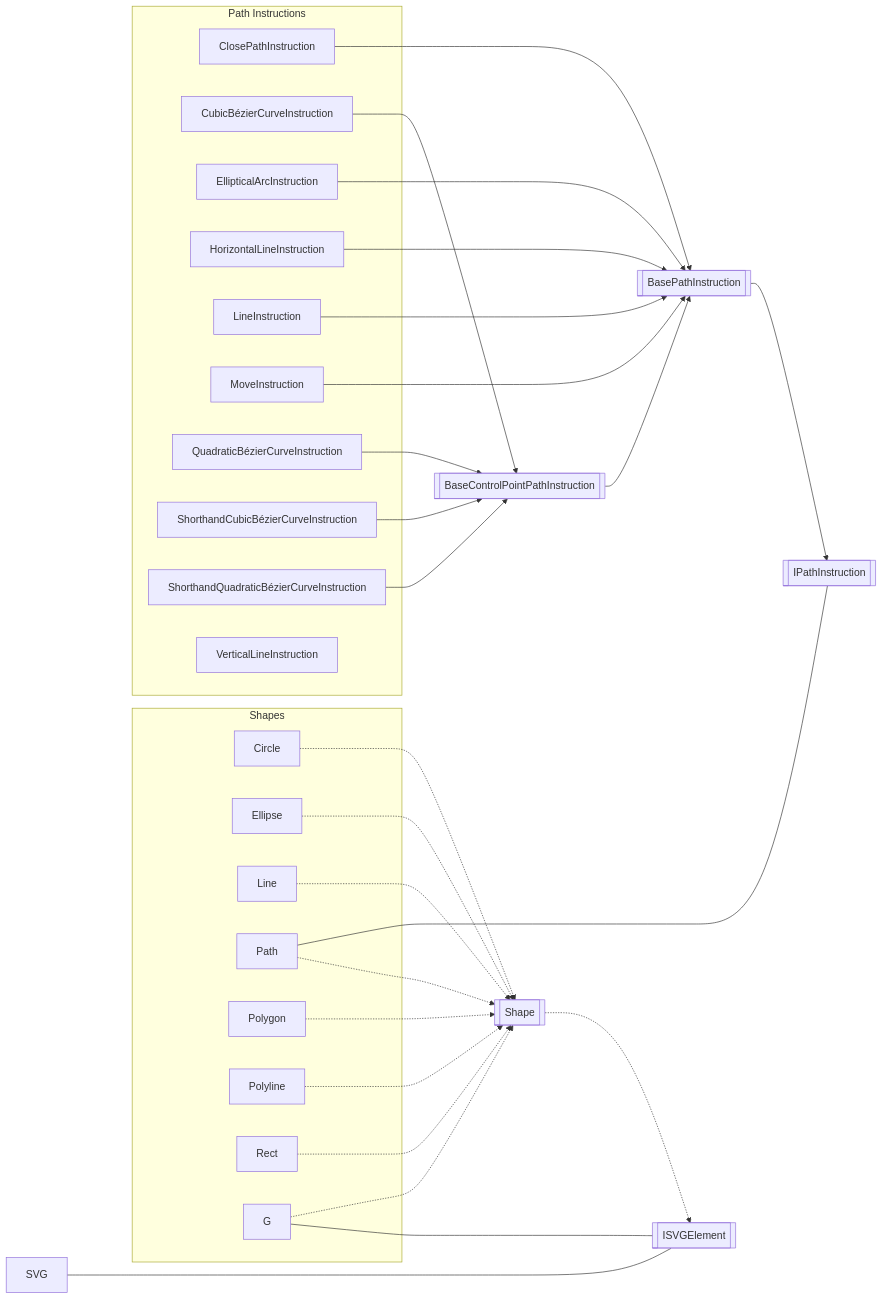
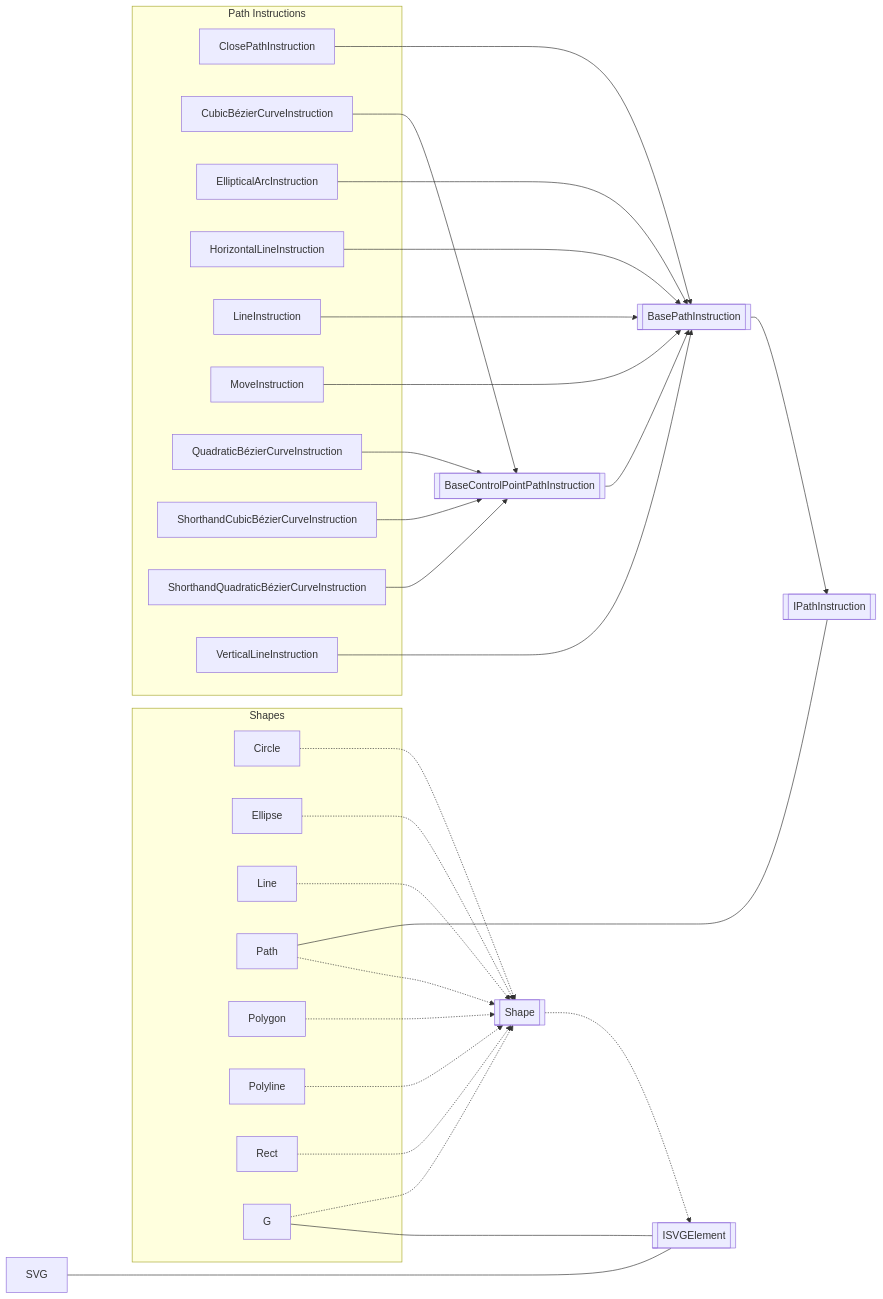
Before and after one commit to KristofferStrube/Blazor.SVGEditor: the diagram in README.md, drawn with Mermaid. The commit also changed other lines of this file, not shown here.

Commit message:
Update README with small change to mermaid diagram

````diff
--- a/README.md
+++ b/README.md
@@ -45,53 +42,54 @@
 ```mermaid
   graph LR;
       subgraph Shapes
       Circle
       Ellipse
       Line
       Path
       Polygon
       Polyline
       Rect
       G
       end
       subgraph Path Instructions
       ClosePathInstruction
       CubicBézierCurveInstruction
       EllipticalArcInstruction
       HorizontalLineInstruction
       LineInstruction
       MoveInstruction
       QuadraticBézierCurveInstruction
       ShorthandCubicBézierCurveInstruction
       ShorthandQuadraticBézierCurveInstruction
       VerticalLineInstruction
       end
       ISVGElement[[ISVGElement]]
       Shape[[Shape]]
       BasePathInstruction[[BasePathInstruction]]
       BaseControlPointPathInstruction[[BaseControlPointPathInstruction]]
       IPathInstruction[[IPathInstruction]]
       Shape-.->ISVGElement;
       SVG------ISVGElement
       G---ISVGElement;
       Path-.->Shape;
       Path-----IPathInstruction
       G-.->Shape;
       Circle-.->Shape;
       Ellipse-.->Shape;
       Line-.->Shape;
       Polygon-.->Shape;
       Polyline-.->Shape;
       Rect-.->Shape;
       ClosePathInstruction-->BasePathInstruction
       CubicBézierCurveInstruction-->BaseControlPointPathInstruction
       EllipticalArcInstruction-->BasePathInstruction
       HorizontalLineInstruction-->BasePathInstruction
       LineInstruction-->BasePathInstruction
       MoveInstruction-->BasePathInstruction
       QuadraticBézierCurveInstruction-->BaseControlPointPathInstruction
       ShorthandCubicBézierCurveInstruction-->BaseControlPointPathInstruction
       ShorthandQuadraticBézierCurveInstruction-->BaseControlPointPathInstruction
+      VerticalLineInstruction-->BasePathInstruction
       BaseControlPointPathInstruction-->BasePathInstruction
       BasePathInstruction-->IPathInstruction
 ```
````
